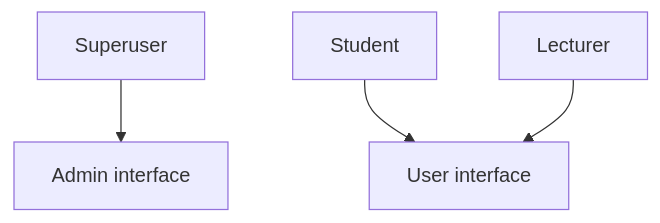
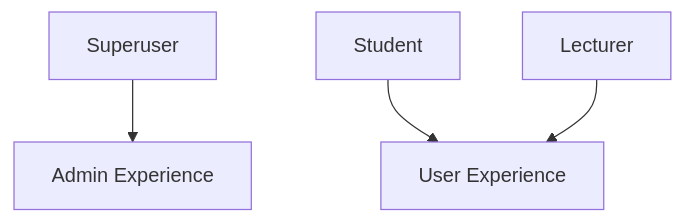
Before and after one commit to orbitez/docs: the third of 4 diagrams in designdoc.md, drawn with Mermaid. The commit also changed other lines of this file, not shown here.

````diff
--- a/designdoc.md
+++ b/designdoc.md
@@ -81,6 +82,6 @@
 ```mermaid
 flowchart TB
-    SU[Superuser] --> Admin[Admin interface]
-    ST[Student] --> User[User interface]
-    LE[Lecturer] --> User[User interface]
+    SU[Superuser] --> Admin[Admin Experience]
+    ST[Student] --> User[User Experience]
+    LE[Lecturer] --> User[User Experience]
 ```
````
